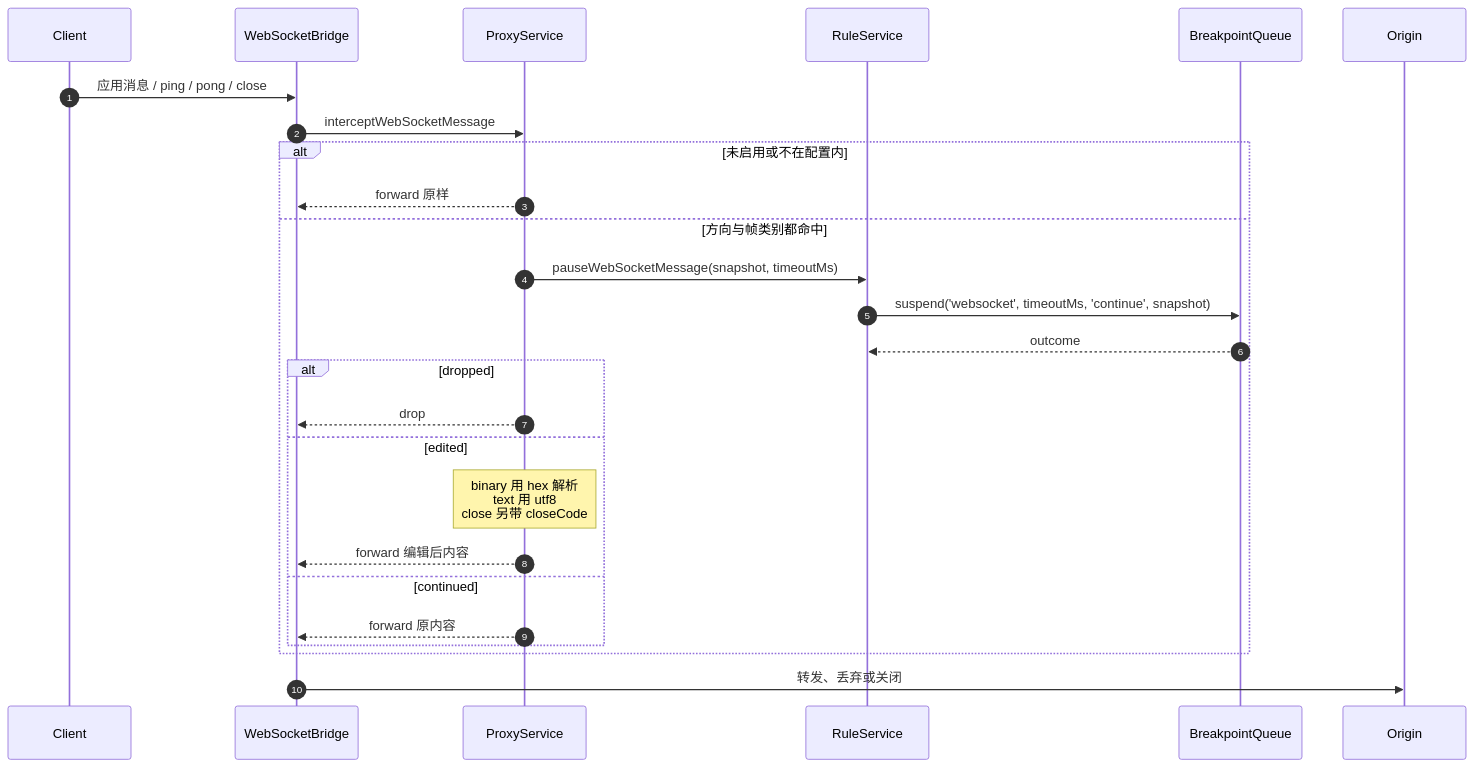
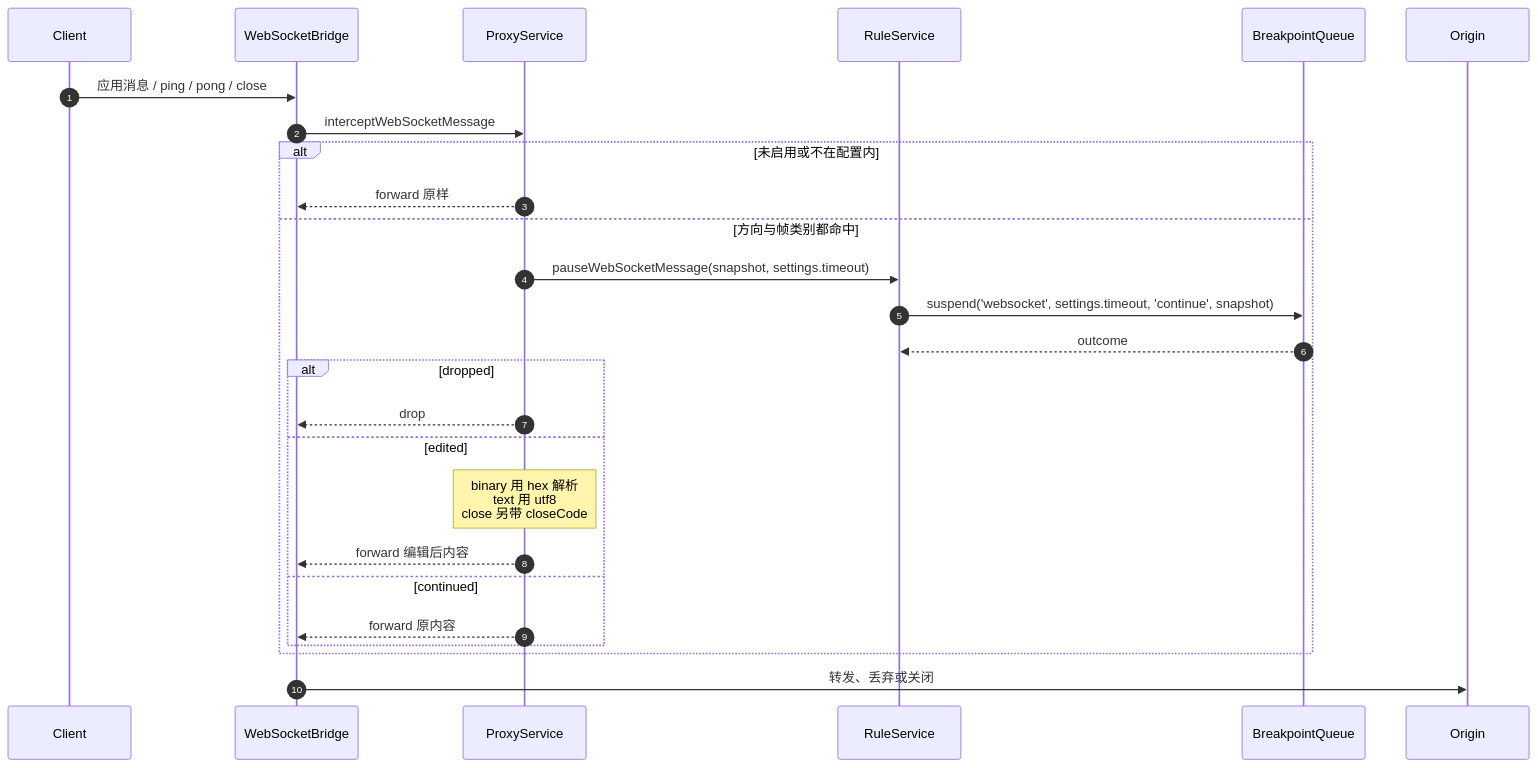
One commit to zhxmt-xm/Interceptor changed the third of 3 diagrams in architecture/features/breakpoints.md. Above: the diagram before and after it, drawn with Mermaid. The commit also changed other lines of this file and 82 other files, not shown here.

````diff
--- a/architecture/features/breakpoints.md
+++ b/architecture/features/breakpoints.md
@@ -129,29 +131,29 @@
 ```mermaid
 sequenceDiagram
     autonumber
     participant Client
     participant Bridge as WebSocketBridge
     participant Proxy as ProxyService
     participant Engine as RuleService
     participant Queue as BreakpointQueue
     participant Origin
 
     Client->>Bridge: 应用消息 / ping / pong / close
     Bridge->>Proxy: interceptWebSocketMessage
     alt 未启用或不在配置内
         Proxy-->>Bridge: forward 原样
     else 方向与帧类别都命中
-        Proxy->>Engine: pauseWebSocketMessage(snapshot, timeoutMs)
-        Engine->>Queue: suspend('websocket', timeoutMs, 'continue', snapshot)
+        Proxy->>Engine: pauseWebSocketMessage(snapshot, settings.timeout)
+        Engine->>Queue: suspend('websocket', settings.timeout, 'continue', snapshot)
         Queue-->>Engine: outcome
         alt dropped
             Proxy-->>Bridge: drop
         else edited
             Note over Proxy: binary 用 hex 解析<br/>text 用 utf8<br/>close 另带 closeCode
             Proxy-->>Bridge: forward 编辑后内容
         else continued
             Proxy-->>Bridge: forward 原内容
         end
     end
     Bridge->>Origin: 转发、丢弃或关闭
 ```
````
